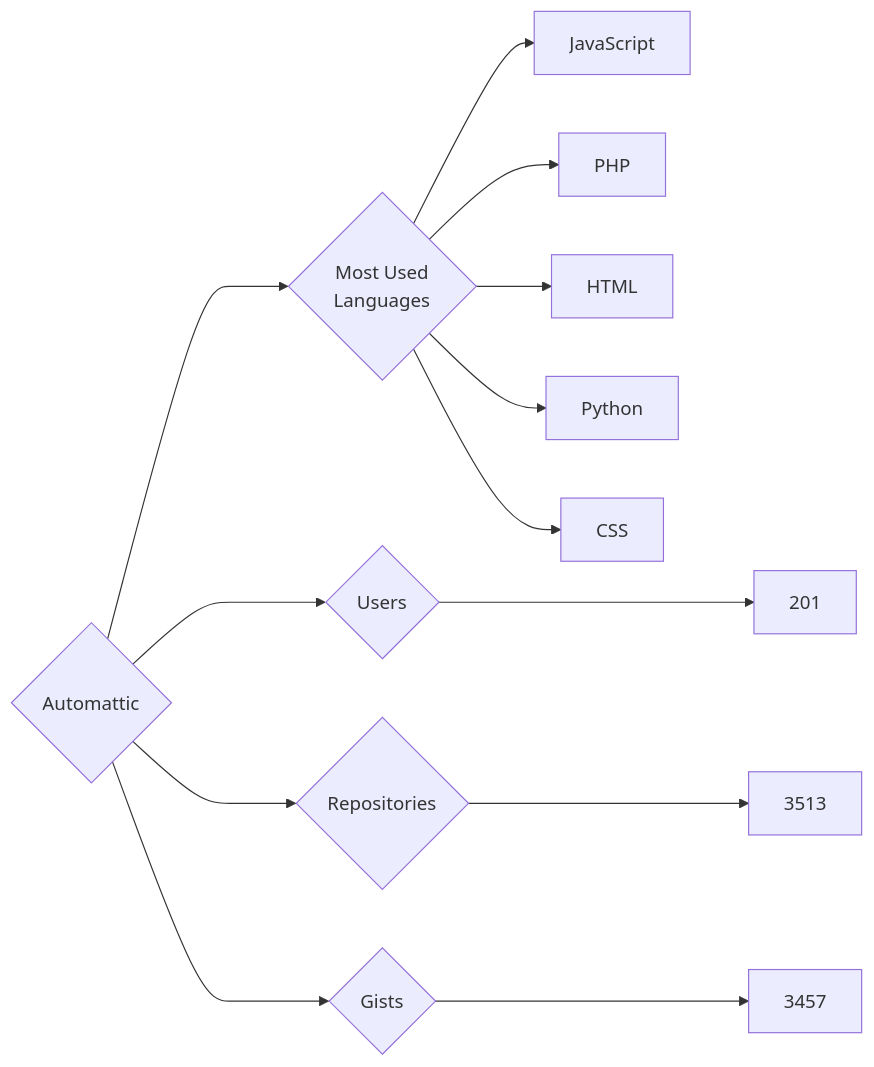
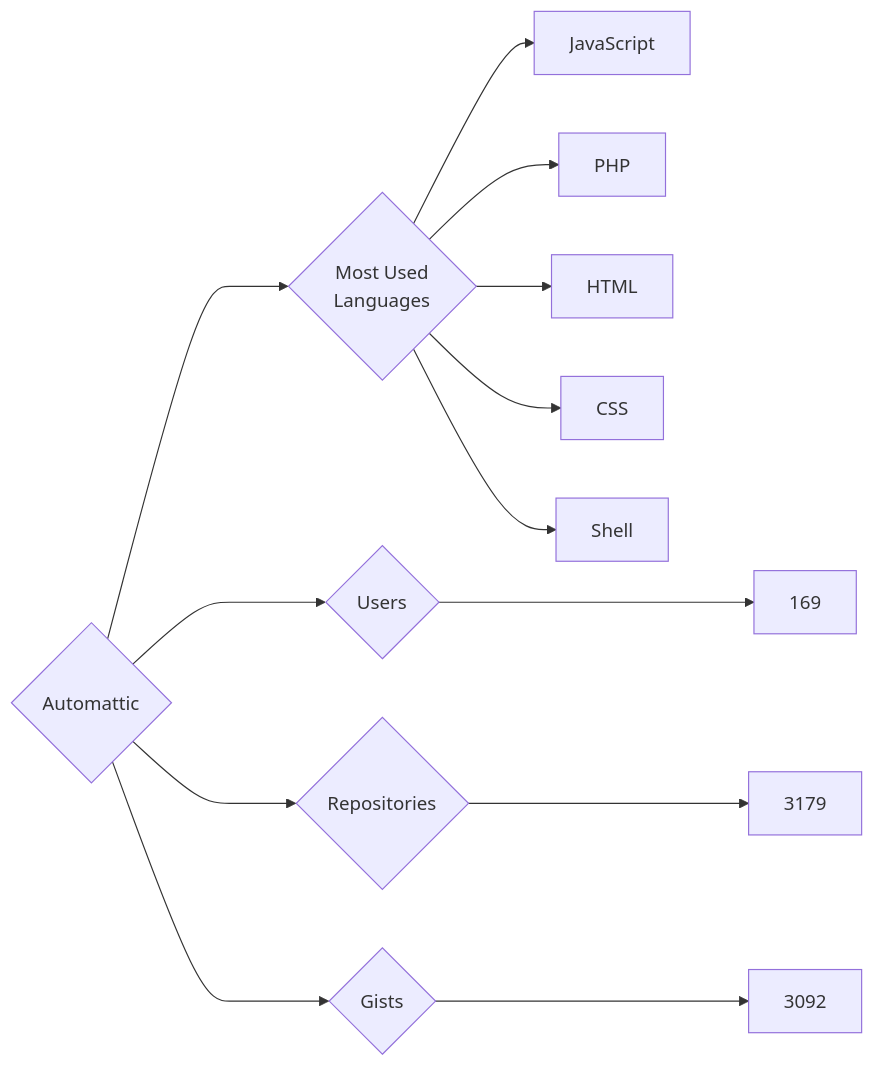
One commit to trickest/insiders changed the diagram in targets/Automattic/README.md. Above: the diagram before and after it, drawn with Mermaid. The commit also changed 809 other files, not shown here.

````diff
--- a/targets/Automattic/README.md
+++ b/targets/Automattic/README.md
@@ -3,13 +3,13 @@
 ```mermaid
 graph LR
 COMPANY_NAME{Automattic}
-COMPANY_NAME ---> U{Users} ---> UN[201]
-COMPANY_NAME ---> R{Repositories} ---> RN[3513]
-COMPANY_NAME ---> G{Gists} ---> GN[3457]
+COMPANY_NAME ---> U{Users} ---> UN[169]
+COMPANY_NAME ---> R{Repositories} ---> RN[3179]
+COMPANY_NAME ---> G{Gists} ---> GN[3092]
 COMPANY_NAME ---> ML{Most Used<br>Languages}
 ML --> JavaScript[JavaScript]
 ML --> PHP[PHP]
 ML --> HTML[HTML]
-ML --> Python[Python]
 ML --> CSS[CSS]
+ML --> Shell[Shell]
 ```
````
